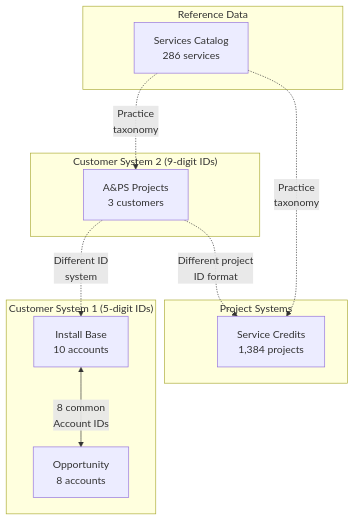
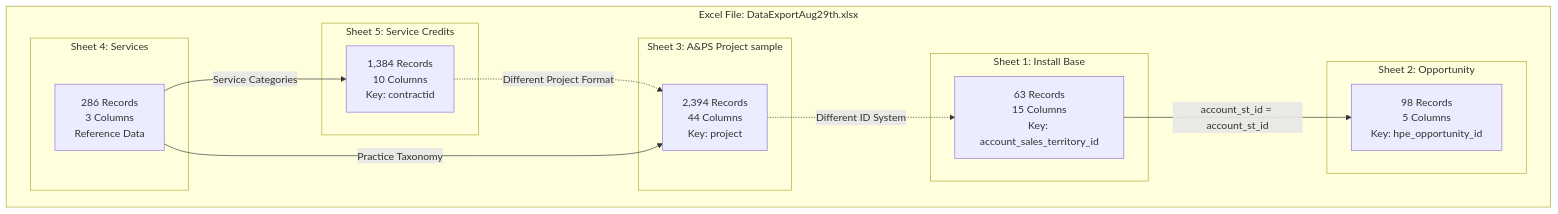
Before and after one commit to jjayarajdev/onelead: the second of 4 diagrams in docs/DataExportAug29th_Analysis.md, drawn with Mermaid. The commit also changed other lines of this file and 55 other files, not shown here.

First line of the commit message:
📊 Complete HPE OneLead System - Data Analysis & Documentation

````diff
--- a/docs/DataExportAug29th_Analysis.md
+++ b/docs/DataExportAug29th_Analysis.md
@@ -121,25 +199,30 @@
 ```mermaid
-graph TD
-    subgraph "Customer System 1 (5-digit IDs)"
-        IB[Install Base<br/>10 accounts]
-        OP[Opportunity<br/>8 accounts]
+graph TB
+    subgraph "Excel File: DataExportAug29th.xlsx"
+        subgraph "Sheet 1: Install Base"
+            IB["63 Records<br/>15 Columns<br/>Key: account_sales_territory_id"]
+        end
+        
+        subgraph "Sheet 2: Opportunity"
+            OP["98 Records<br/>5 Columns<br/>Key: hpe_opportunity_id"]
+        end
+        
+        subgraph "Sheet 3: A&PS Project sample"
+            AP["2,394 Records<br/>44 Columns<br/>Key: project"]
+        end
+        
+        subgraph "Sheet 4: Services"
+            SV["286 Records<br/>3 Columns<br/>Reference Data"]
+        end
+        
+        subgraph "Sheet 5: Service Credits"
+            SC["1,384 Records<br/>10 Columns<br/>Key: contractid"]
+        end
     end
     
-    subgraph "Customer System 2 (9-digit IDs)"
-        AP[A&PS Projects<br/>3 customers]
-    end
-    
-    subgraph "Project Systems"
-        SC[Service Credits<br/>1,384 projects]
-    end
-    
-    subgraph "Reference Data"
-        SV[Services Catalog<br/>286 services]
-    end
-    
-    IB <-->|8 common<br/>Account IDs| OP
-    AP -.->|Different ID<br/>system| IB
-    AP -.->|Different project<br/>ID format| SC
-    SV -.->|Practice<br/>taxonomy| AP
-    SV -.->|Practice<br/>taxonomy| SC
+    IB -->|account_st_id = account_st_id| OP
+    AP -.->|Different ID System| IB
+    SC -.->|Different Project Format| AP
+    SV -->|Practice Taxonomy| AP
+    SV -->|Service Categories| SC
 ```
````
